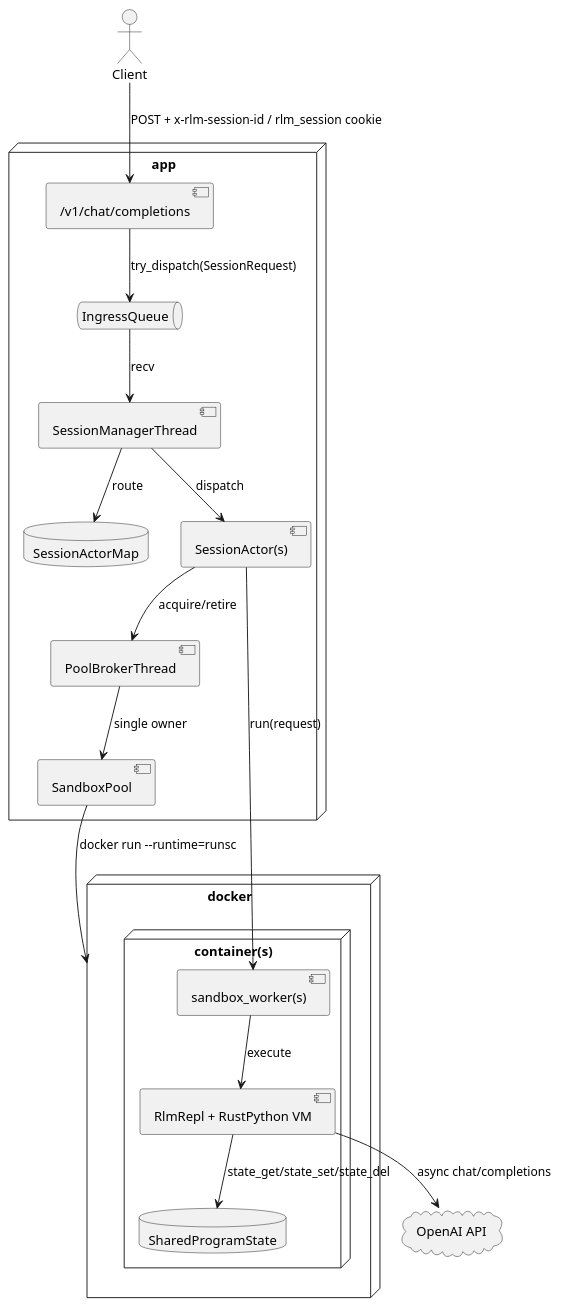
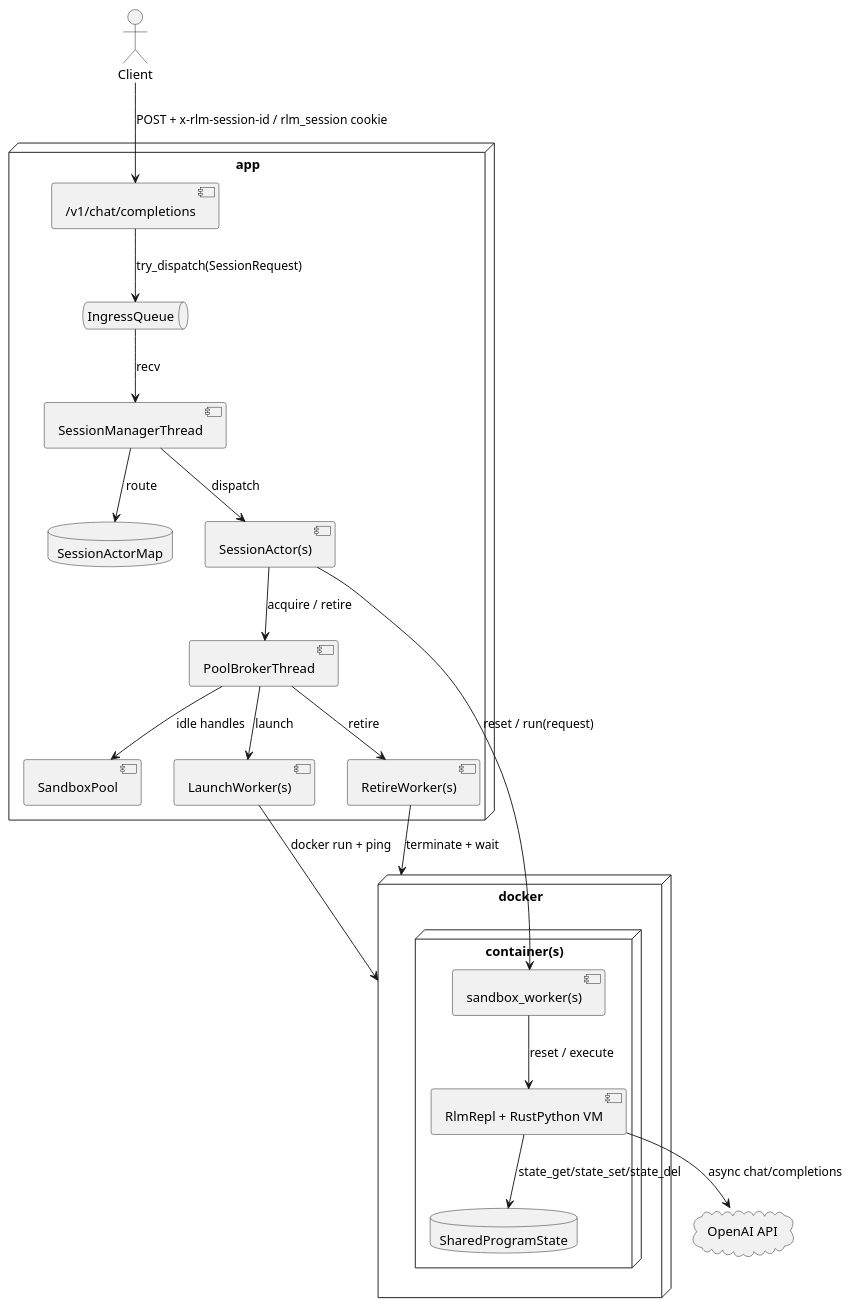
One commit to andrewhinh/rlm-rs changed the diagram in assets/uml/arch.puml. Above: the diagram before and after it, drawn with PlantUML. The commit also changed 22 other files, not shown here.

```diff
--- a/assets/uml/arch.puml
+++ b/assets/uml/arch.puml
@@ -1,39 +1,44 @@
 @startuml arch
 
 actor Client
 cloud "OpenAI API" as OpenAI
 
 node "app" as App {
   component "/v1/chat/completions" as Endpoint
   queue "IngressQueue" as Ingress
   component "SessionManagerThread" as SessionManager
   database "SessionActorMap" as ActorMap
   component "SessionActor(s)" as Actors
   component "PoolBrokerThread" as PoolBroker
   component "SandboxPool" as Pool
+  component "LaunchWorker(s)" as Launchers
+  component "RetireWorker(s)" as Retirers
 }
 
 node "docker" as DockerHost {
   node "container(s)" as Containers {
     component "sandbox_worker(s)" as Workers
     component "RlmRepl + RustPython VM" as Repls
     database "SharedProgramState" as State
   }
 }
 
 Client --> Endpoint : POST + x-rlm-session-id / rlm_session cookie
 Endpoint --> Ingress : try_dispatch(SessionRequest)
 Ingress --> SessionManager : recv
 SessionManager --> ActorMap : route
 SessionManager --> Actors : dispatch
 
-Actors --> PoolBroker : acquire/retire
-PoolBroker --> Pool : single owner
-Pool --> DockerHost : docker run --runtime=runsc
+Actors --> PoolBroker : acquire / retire
+Actors --> Workers : reset / run(request)
+PoolBroker --> Pool : idle handles
+PoolBroker --> Launchers : launch
+PoolBroker --> Retirers : retire
+Launchers --> DockerHost : docker run + ping
+Retirers --> DockerHost : terminate + wait
 
-Actors --> Workers : run(request)
-Workers --> Repls : execute
+Workers --> Repls : reset / execute
 Repls --> State : state_get/state_set/state_del
 Repls --> OpenAI : async chat/completions
 
 @enduml
```
